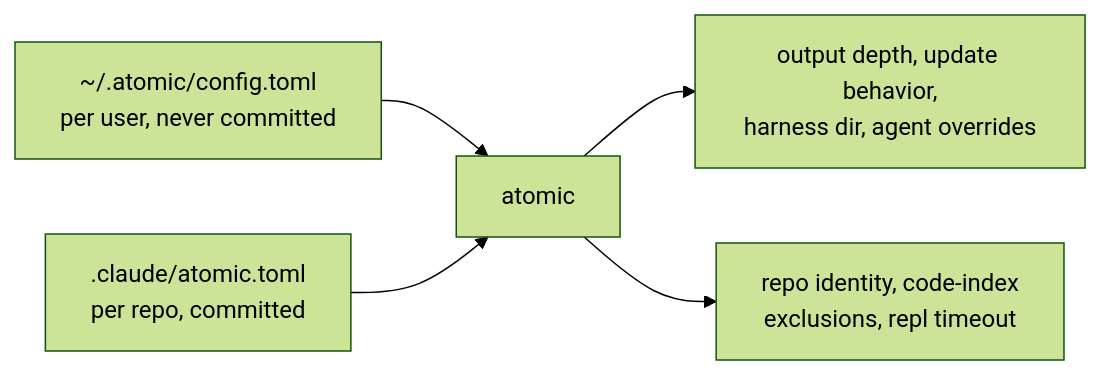
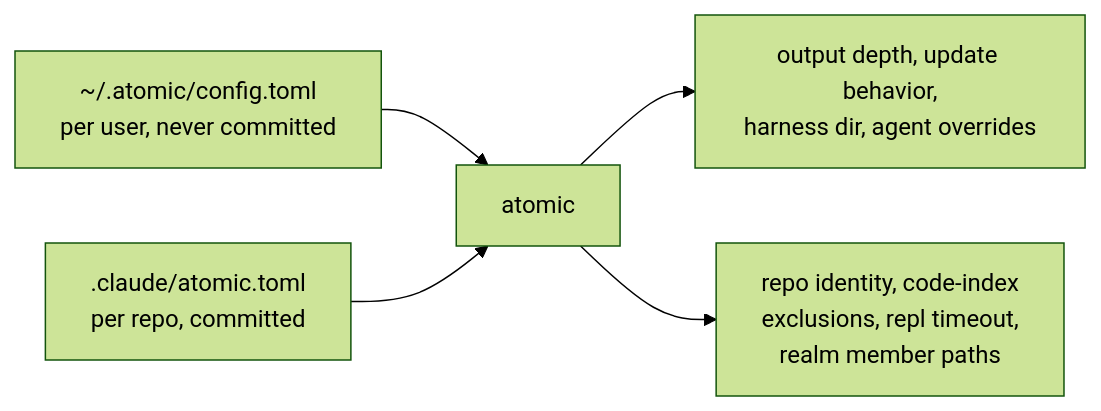
The diagram in docs/reference/atomic-toml.md (damusix/atomic-claude), drawn with Mermaid (forest theme) before and after one commit. The commit also changed other lines of this file and 18 other files, not shown here.

````diff
--- a/docs/reference/atomic-toml.md
+++ b/docs/reference/atomic-toml.md
@@ -7,7 +7,7 @@
 ```mermaid
 flowchart LR
     A["~/.atomic/config.toml<br/>per user, never committed"] --> C["atomic"]
     B[".claude/atomic.toml<br/>per repo, committed"] --> C
     C --> D["output depth, update behavior,<br/>harness dir, agent overrides"]
-    C --> E["repo identity, code-index<br/>exclusions, repl timeout"]
+    C --> E["repo identity, code-index<br/>exclusions, repl timeout,<br/>realm member paths"]
 ```
````
